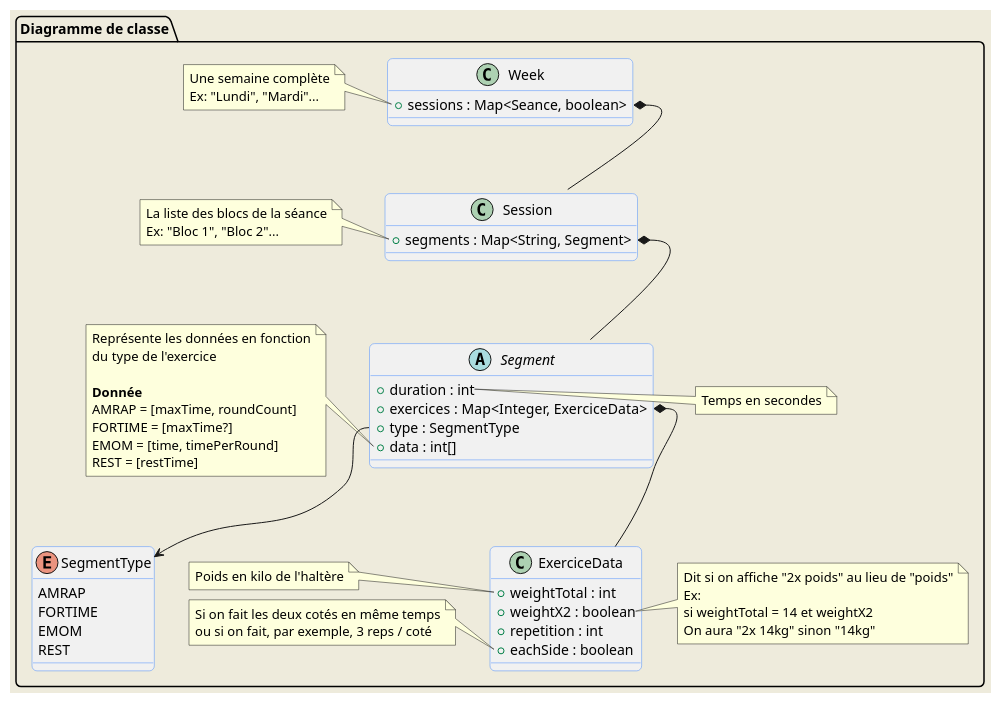
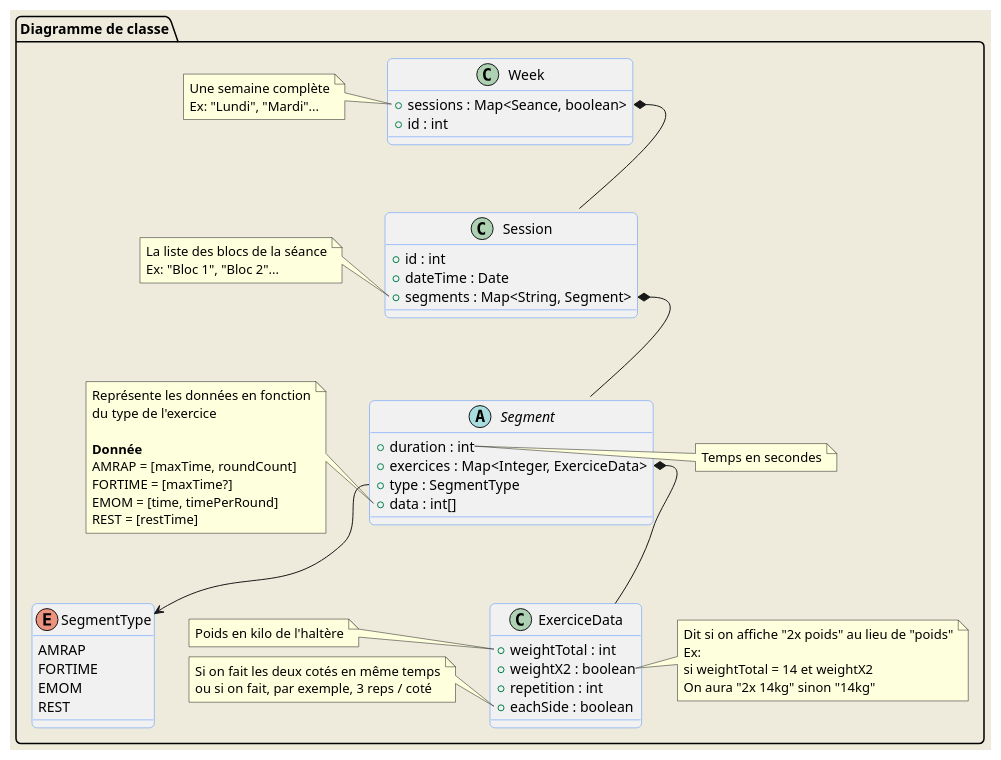
One commit to Fabccc/MuscleHack changed the second of 2 diagrams in umldiagrams.md. Above: the diagram before and after it, drawn with PlantUML.

Commit message:
MAJ Diagramme de classe

```diff
--- a/umldiagrams.md
+++ b/umldiagrams.md
@@ -35,11 +35,14 @@
 package "Diagramme de classe" {
 
   class Session{
+    + id : int
+    + dateTime : Date
     + segments : Map<String, Segment>
   }
 
   class Week{
     + sessions : Map<Seance, boolean>
+    + id : int
   }
 
 ' AMRAP = As many round as possible
```
